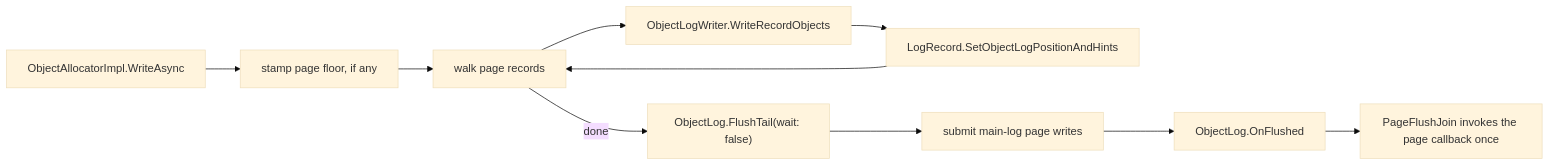
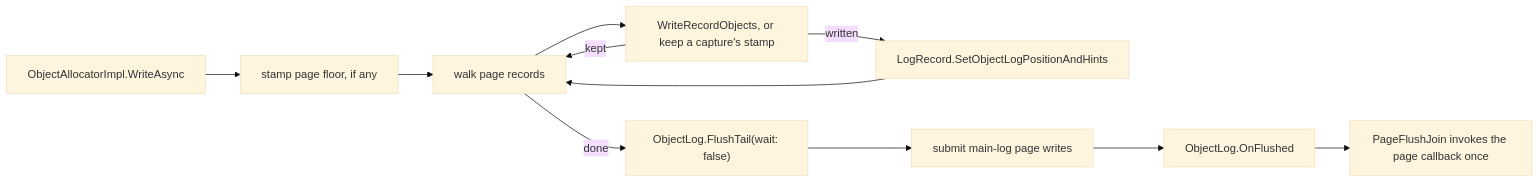
Before and after one commit to microsoft/garnet: the diagram in website/docs/dev/tsavorite/objectlog-serialization.md, drawn with Mermaid (base theme). The commit also changed other lines of this file, not shown here.

First line of the commit message:
Correct the object-log doc against the code throughout

````diff
--- a/website/docs/dev/tsavorite/objectlog-serialization.md
+++ b/website/docs/dev/tsavorite/objectlog-serialization.md
@@ -494,12 +540,13 @@
 ```mermaid
 flowchart LR
     A[ObjectAllocatorImpl.WriteAsync] --> B[stamp page floor, if any]
     B --> C[walk page records]
-    C --> D[ObjectLogWriter.WriteRecordObjects]
-    D --> E[LogRecord.SetObjectLogPositionAndHints]
+    C --> D["WriteRecordObjects, or keep a capture's stamp"]
+    D -->|written| E[LogRecord.SetObjectLogPositionAndHints]
+    D -->|kept| C
     E --> C
     C -->|done| F["ObjectLog.FlushTail(wait: false)"]
     F --> G[submit main-log page writes]
     G --> H[ObjectLog.OnFlushed]
     H --> I[PageFlushJoin invokes the page callback once]
 ```
````
